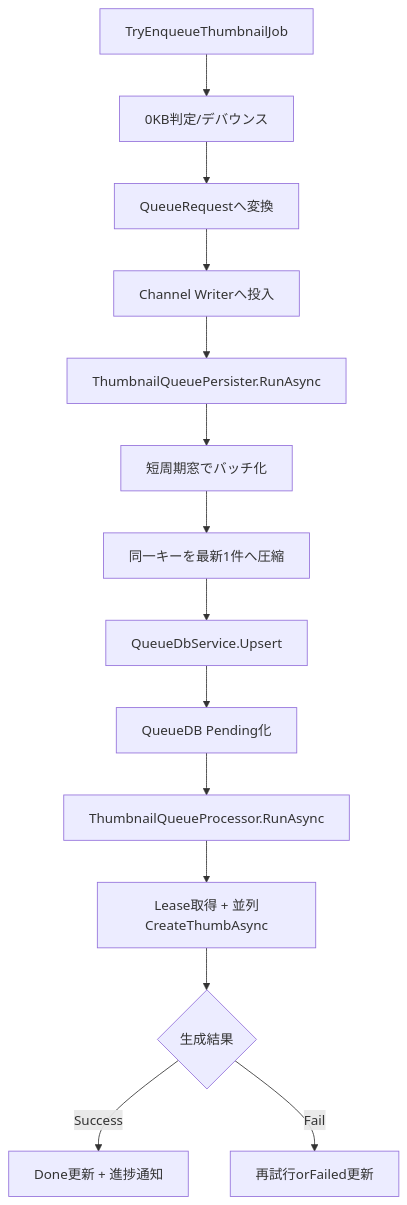
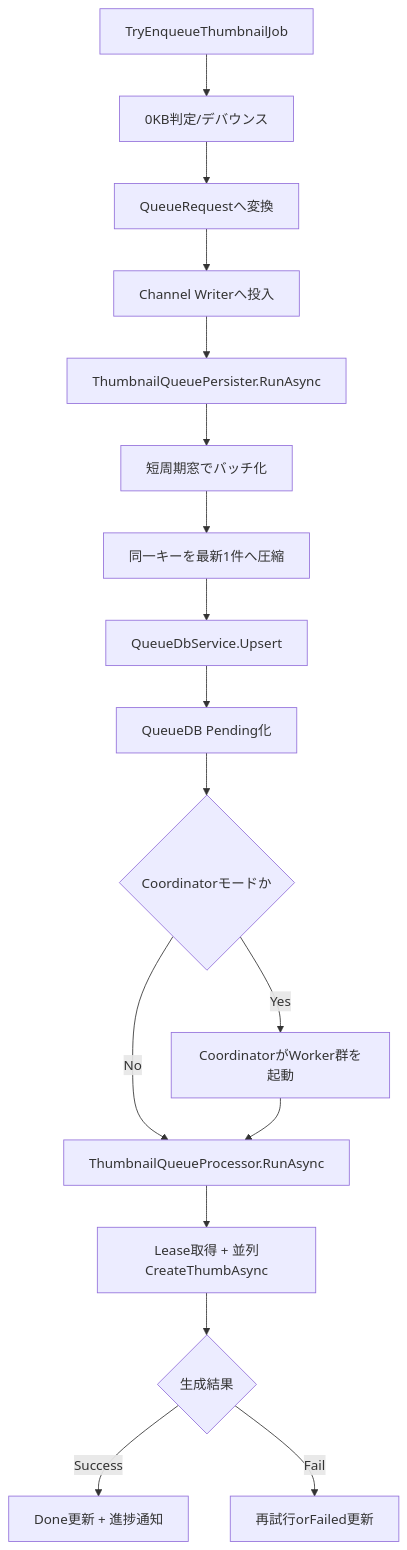
Before and after one commit to T-Hamada0101/IndigoMovieManager_fork: the diagram in Docs/AI向け_詳細理解書_03_サムネイル作成管理_2026-03-07.md, drawn with Mermaid. The commit also changed other lines of this file and 25 other files, not shown here.

````diff
--- a/Docs/AI向け_詳細理解書_03_サムネイル作成管理_2026-03-07.md
+++ b/Docs/AI向け_詳細理解書_03_サムネイル作成管理_2026-03-07.md
@@ -22,16 +24,19 @@
 ```mermaid
 flowchart TD
     A[TryEnqueueThumbnailJob] --> B[0KB判定/デバウンス]
     B --> C[QueueRequestへ変換]
     C --> D[Channel Writerへ投入]
     D --> E[ThumbnailQueuePersister.RunAsync]
     E --> F[短周期窓でバッチ化]
     F --> G[同一キーを最新1件へ圧縮]
     G --> H[QueueDbService.Upsert]
     H --> I[QueueDB Pending化]
-    I --> J[ThumbnailQueueProcessor.RunAsync]
-    J --> K[Lease取得 + 並列CreateThumbAsync]
-    K --> L{生成結果}
-    L -- Success --> M[Done更新 + 進捗通知]
-    L -- Fail --> N[再試行orFailed更新]
+    I --> J{Coordinatorモードか}
+    J -- No --> K[ThumbnailQueueProcessor.RunAsync]
+    J -- Yes --> L[CoordinatorがWorker群を起動]
+    L --> K
+    K --> M[Lease取得 + 並列CreateThumbAsync]
+    M --> N{生成結果}
+    N -- Success --> O[Done更新 + 進捗通知]
+    N -- Fail --> P[再試行orFailed更新]
 ```
````
